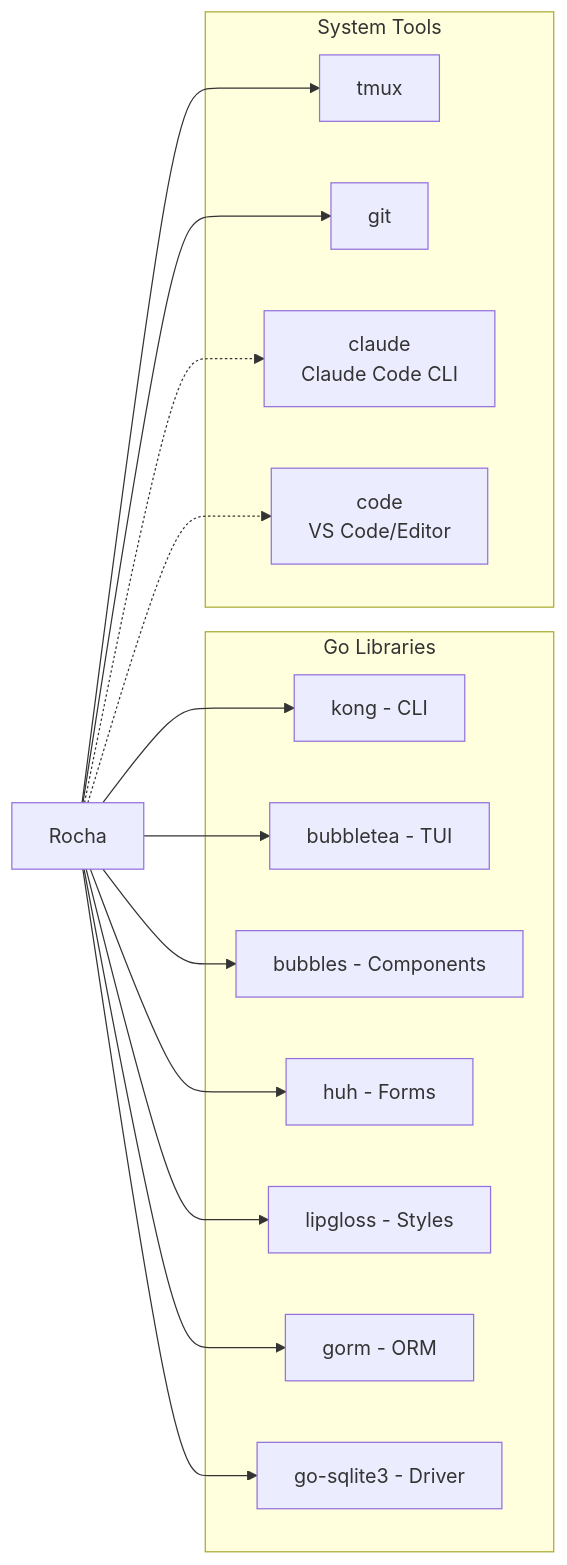
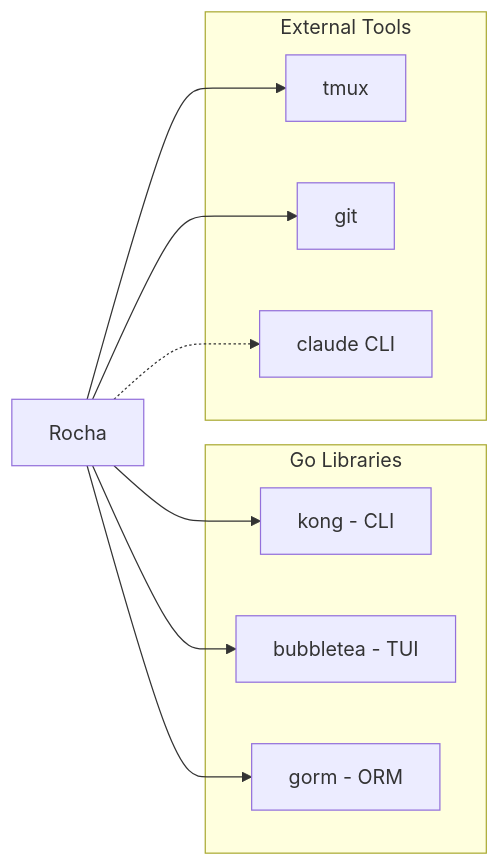
One commit to renato0307/rocha changed the fourth of 4 diagrams in ARCHITECTURE.md. Above: the diagram before and after it, drawn with Mermaid. The commit also changed other lines of this file and 34 other files, not shown here.

First line of the commit message:
refactor: complete hexagonal architecture cleanup

````diff
--- a/ARCHITECTURE.md
+++ b/ARCHITECTURE.md
@@ -387,31 +200,21 @@
 ```mermaid
 graph LR
     subgraph "Go Libraries"
         KONG[kong - CLI]
         BT[bubbletea - TUI]
-        BUBBLES[bubbles - Components]
-        HUH[huh - Forms]
-        LG[lipgloss - Styles]
         GORM[gorm - ORM]
-        SQLITE[go-sqlite3 - Driver]
     end
 
-    subgraph "System Tools"
+    subgraph "External Tools"
         TMUX[tmux]
         GIT[git]
-        CLAUDE[claude<br/>Claude Code CLI]
-        CODE[code<br/>VS Code/Editor]
+        CLAUDE[claude CLI]
     end
 
     APP[Rocha] --> KONG
     APP --> BT
-    APP --> BUBBLES
-    APP --> HUH
-    APP --> LG
     APP --> GORM
-    APP --> SQLITE
     APP --> TMUX
     APP --> GIT
     APP -.-> CLAUDE
-    APP -.-> CODE
 ```
````
